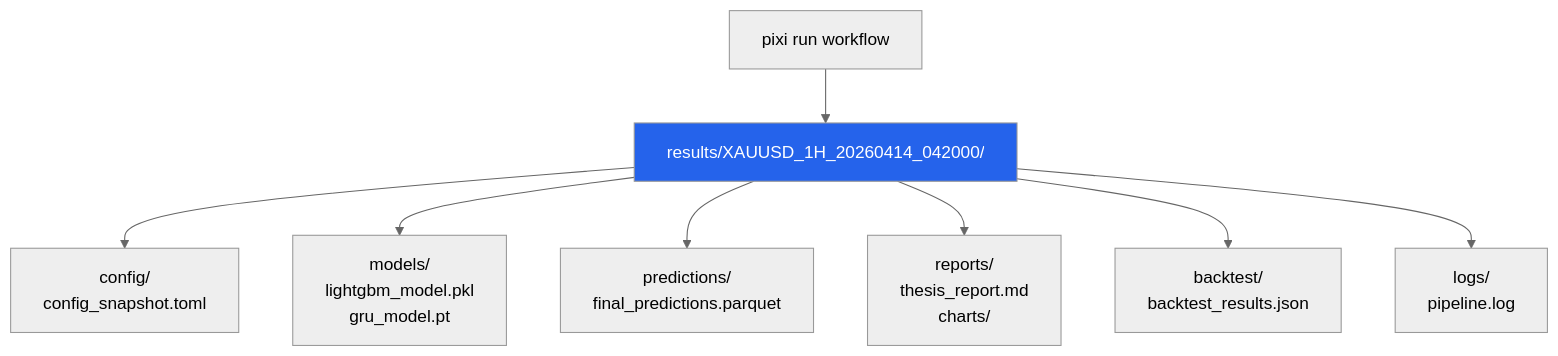
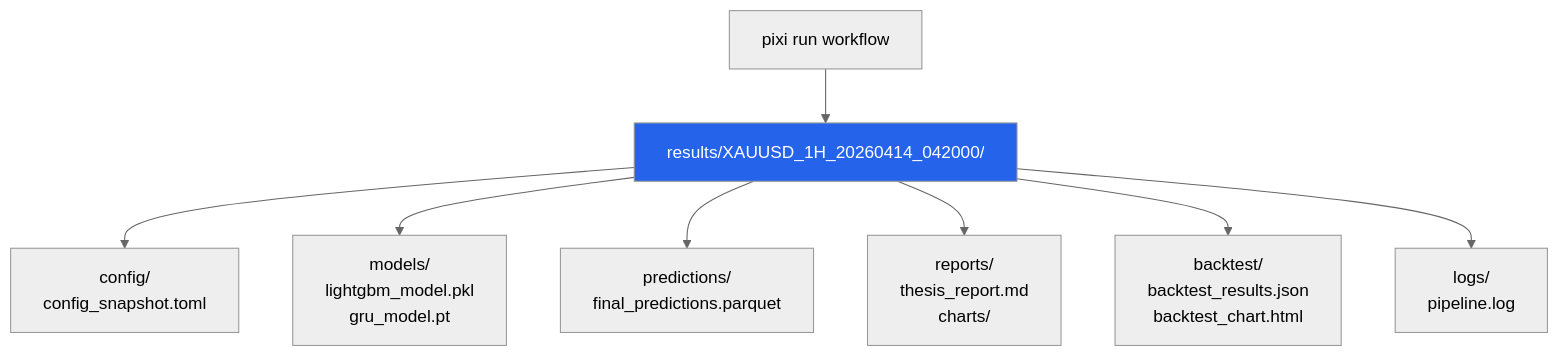
The seventh of 7 diagrams in docs/ARCHITECTURE.md (ultimateBroK/thesis-hybrid-stacking), drawn with Mermaid (neutral theme) before and after one commit. The commit also changed other lines of this file and 7 other files, not shown here.

````diff
--- a/docs/ARCHITECTURE.md
+++ b/docs/ARCHITECTURE.md
@@ -253,13 +253,13 @@
 ```mermaid
 flowchart TD
     RUN["pixi run workflow"] --> SESSION["results/XAUUSD_1H_20260414_042000/"]
 
     SESSION --> CFG["config/<br/>config_snapshot.toml"]
     SESSION --> MOD["models/<br/>lightgbm_model.pkl<br/>gru_model.pt"]
     SESSION --> PRED["predictions/<br/>final_predictions.parquet"]
     SESSION --> REP["reports/<br/>thesis_report.md<br/>charts/"]
-    SESSION --> BT["backtest/<br/>backtest_results.json"]
+    SESSION --> BT["backtest/<br/>backtest_results.json<br/>backtest_chart.html"]
     SESSION --> LOG["logs/<br/>pipeline.log"]
 
     style SESSION fill:#2563EB,color:#fff
 ```
````
